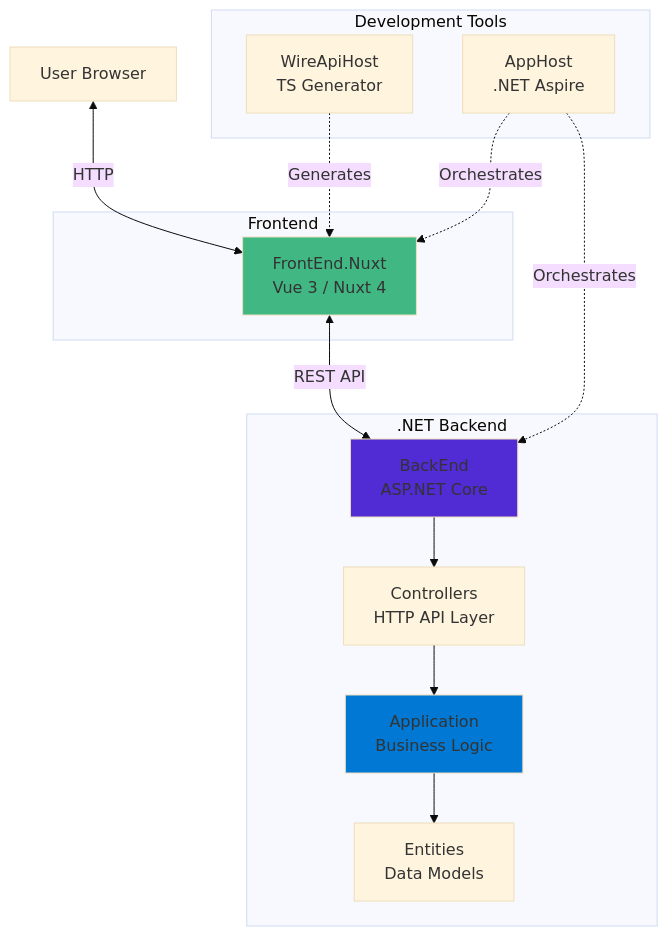
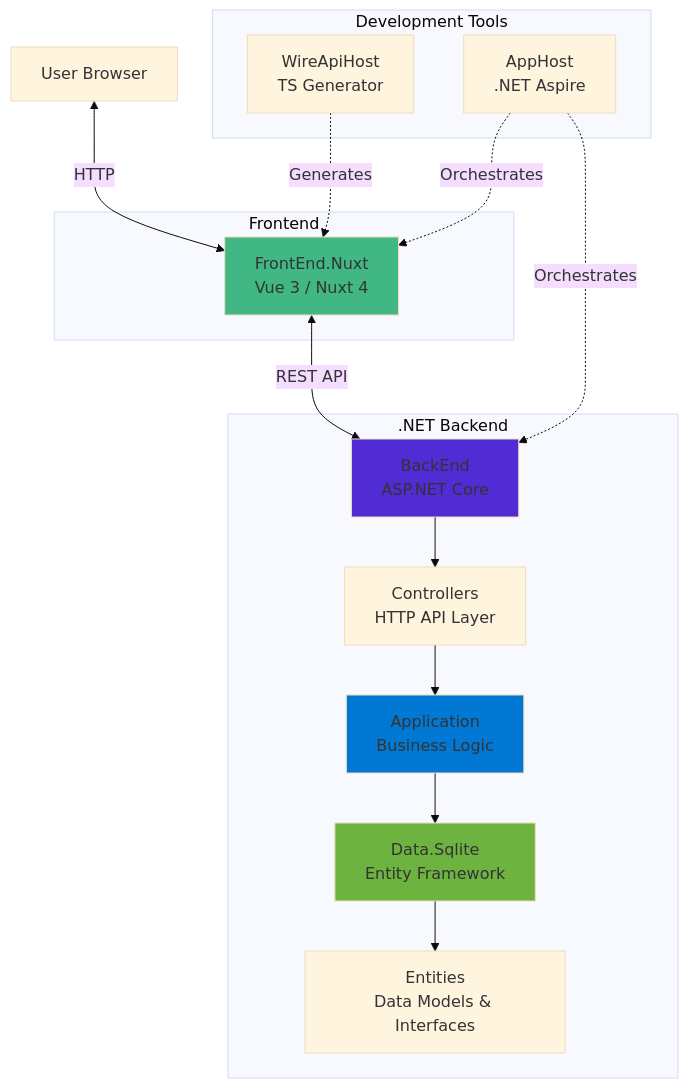
The diagram in README.md (jcoliz/YoFi.V3), drawn with Mermaid (base theme) before and after one commit. The commit also changed other lines of this file, not shown here.

Commit message:
docs(readme): Update with latest

````diff
--- a/README.md
+++ b/README.md
@@ -43,34 +43,37 @@
 ```mermaid
 graph TB
     User[User Browser]
 
     subgraph "Frontend"
         Nuxt[FrontEnd.Nuxt<br/>Vue 3 / Nuxt 4]
     end
 
     subgraph ".NET Backend"
         Backend[BackEnd<br/>ASP.NET Core]
         Controllers[Controllers<br/>HTTP API Layer]
         Application[Application<br/>Business Logic]
-        Entities[Entities<br/>Data Models]
+        Data[Data.Sqlite<br/>Entity Framework]
+        Entities[Entities<br/>Data Models & Interfaces]
 
         Backend --> Controllers
         Controllers --> Application
-        Application --> Entities
+        Application --> Data
+        Data --> Entities
     end
 
     subgraph "Development Tools"
         AppHost[AppHost<br/>.NET Aspire]
         WireAPI[WireApiHost<br/>TS Generator]
     end
 
     User <-->|HTTP| Nuxt
     Nuxt <-->|REST API| Backend
     WireAPI -.->|Generates| Nuxt
     AppHost -.->|Orchestrates| Backend
     AppHost -.->|Orchestrates| Nuxt
 
     style Nuxt fill:#41b883
     style Backend fill:#512bd4
     style Application fill:#0078d4
+    style Data fill:#6db33f
 ```
````
